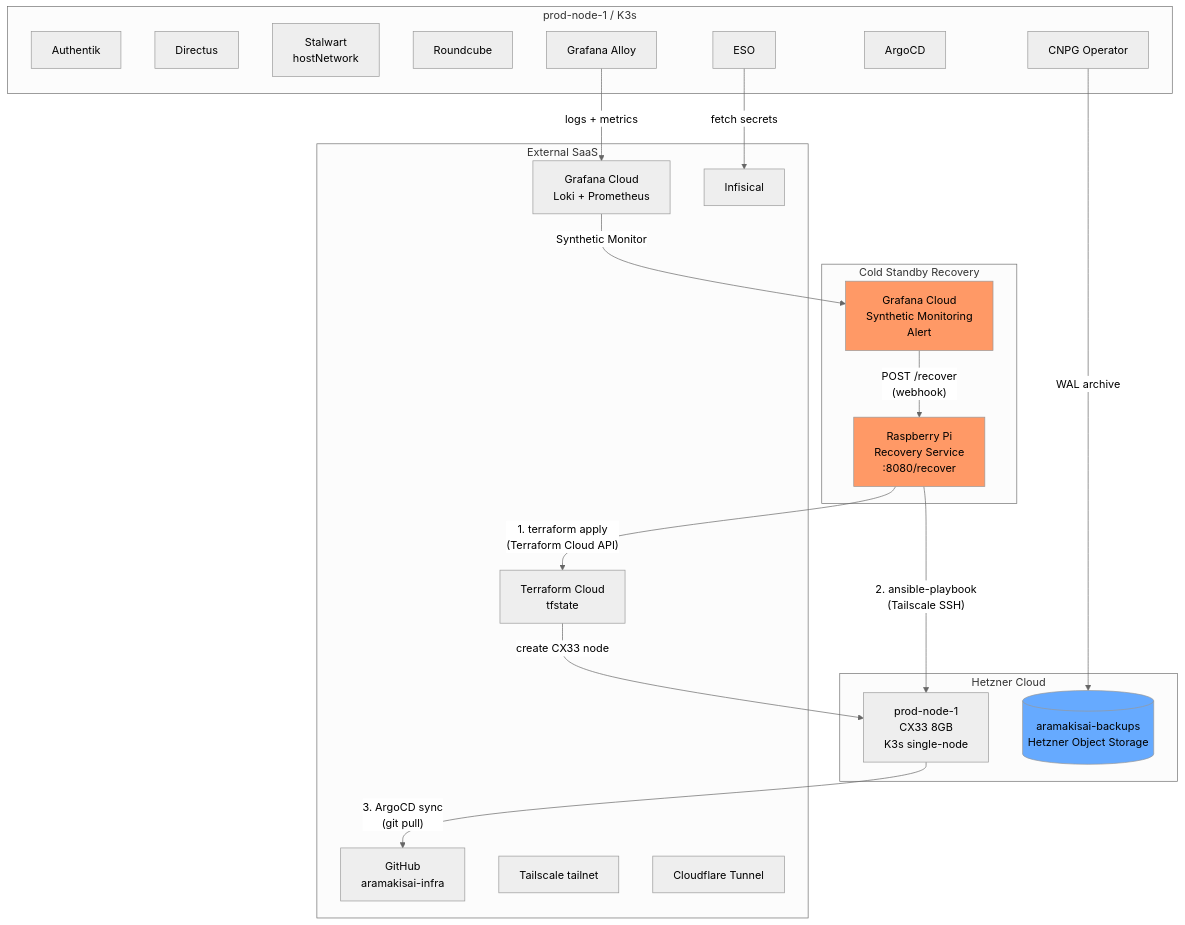
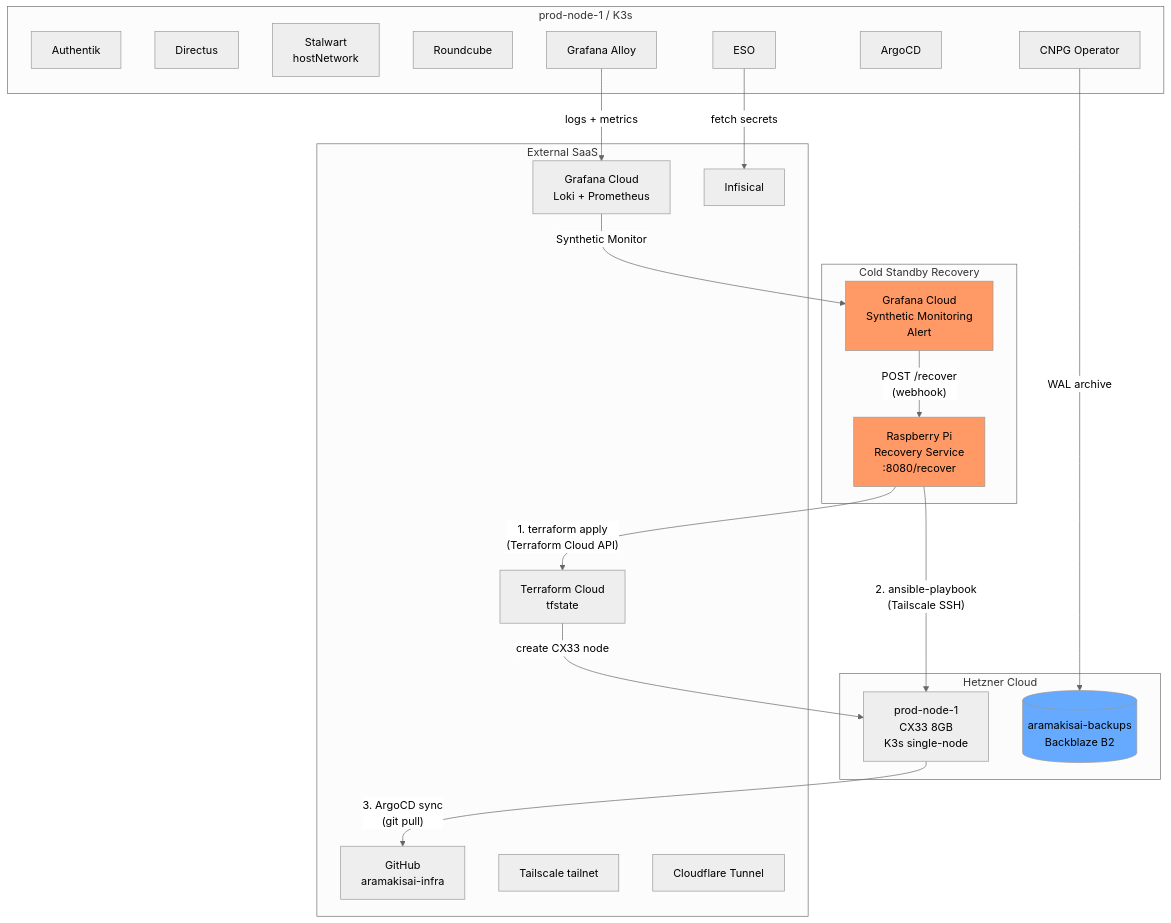
Before and after one commit to aramakisai/aramakisai-infra: the first of 4 diagrams in .kiro/specs/single-node-migration/design.md, drawn with Mermaid (neutral theme). The commit also changed other lines of this file and 2 other files, not shown here.

````diff
--- a/.kiro/specs/single-node-migration/design.md
+++ b/.kiro/specs/single-node-migration/design.md
@@ -74,46 +75,46 @@
 ```mermaid
 graph TB
     subgraph "Hetzner Cloud"
         N[prod-node-1<br/>CX33 8GB<br/>K3s single-node]
-        S3[(aramakisai-backups<br/>Hetzner Object Storage)]
+        S3[(aramakisai-backups<br/>Backblaze B2)]
     end
 
     subgraph "prod-node-1 / K3s"
         AUTH[Authentik]
         DIR[Directus]
         STAL[Stalwart<br/>hostNetwork]
         RC[Roundcube]
         CNPG[CNPG Operator]
         ESO[ESO]
         ARGOCD[ArgoCD]
         ALLOY[Grafana Alloy]
     end
 
     subgraph "External SaaS"
         GC[Grafana Cloud<br/>Loki + Prometheus]
         INF[Infisical]
         GH[GitHub<br/>aramakisai-infra]
         TFC[Terraform Cloud<br/>tfstate]
         TS[Tailscale tailnet]
         CF[Cloudflare Tunnel]
     end
 
     subgraph "Cold Standby Recovery"
         PI[Raspberry Pi<br/>Recovery Service<br/>:8080/recover]
         GCA[Grafana Cloud<br/>Synthetic Monitoring<br/>Alert]
     end
 
     CNPG -->|WAL archive| S3
     ALLOY -->|logs + metrics| GC
     GC -->|Synthetic Monitor| GCA
     GCA -->|"POST /recover<br/>(webhook)"| PI
     PI -->|"1. terraform apply<br/>(Terraform Cloud API)"| TFC
     TFC -->|"create CX33 node"| N
     PI -->|"2. ansible-playbook<br/>(Tailscale SSH)"| N
     N -->|"3. ArgoCD sync<br/>(git pull)"| GH
     ESO -->|"fetch secrets"| INF
 
     style PI fill:#f96,color:#000
     style GCA fill:#f96,color:#000
     style S3 fill:#6af,color:#000
 ```
````
